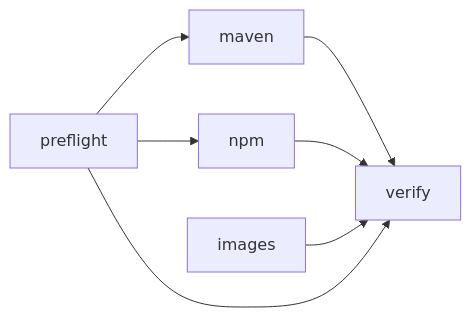
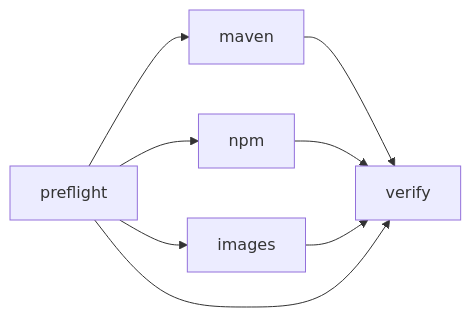
One commit to container-registry/harbor-multi-artifact-support-examples changed the diagram in docs/06-pipeline.md. Above: the diagram before and after it, drawn with Mermaid. The commit also changed other lines of this file and 3 other files, not shown here.

````diff
--- a/docs/06-pipeline.md
+++ b/docs/06-pipeline.md
@@ -9,10 +9,10 @@
 ```mermaid
 flowchart LR
     P[preflight] --> M[maven]
     P --> N[npm]
-    I[images]
+    P --> I[images]
     M --> V[verify]
     N --> V
     I --> V
     P --> V
 ```
````
